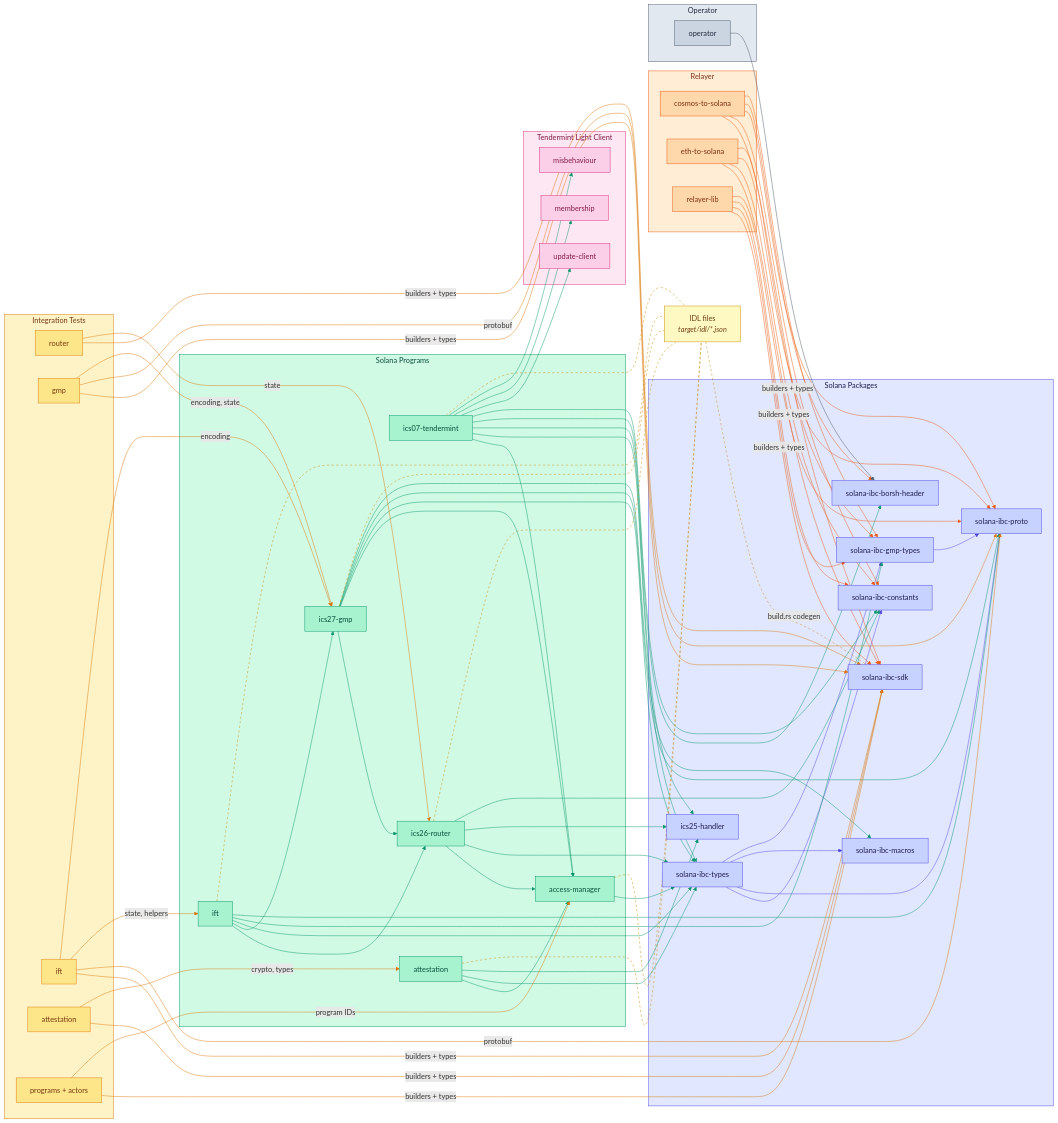
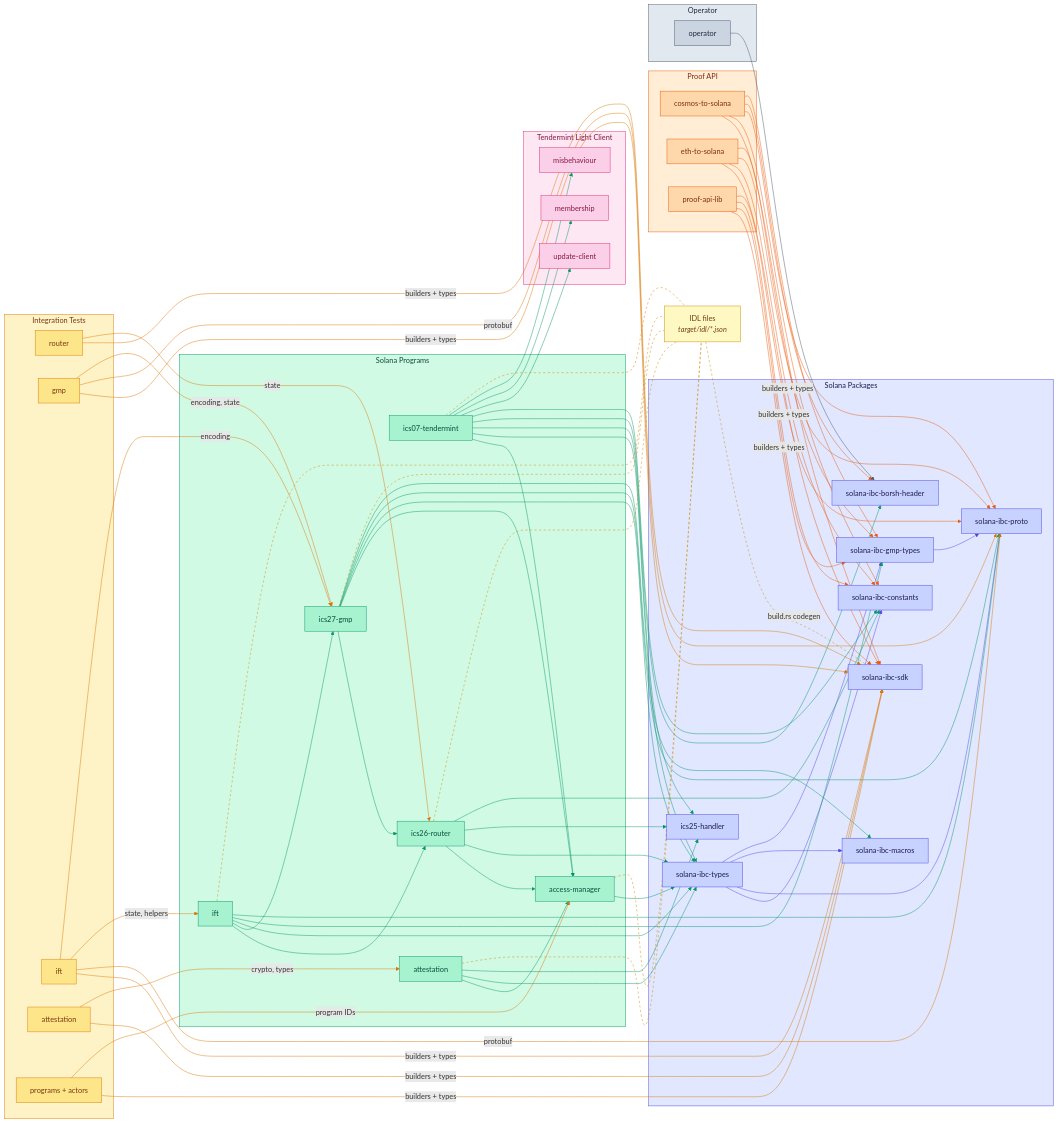
One commit to cosmos/solidity-ibc-eureka changed the diagram in programs/solana/README.md. Above: the diagram before and after it, drawn with Mermaid. The commit also changed 224 other files, not shown here.

Commit message:
refactor(proof-api): rename relayer to proof-api (#1030)

```diff
--- a/programs/solana/README.md
+++ b/programs/solana/README.md
@@ -36,10 +36,10 @@
         it_setup["programs + actors"]
     end
 
-    subgraph relayer["Relayer"]
+    subgraph proof_api["Proof API"]
         c2s["cosmos-to-solana"]
         e2s["eth-to-solana"]
-        lib["relayer-lib"]
+        lib["proof-api-lib"]
     end
 
     subgraph operator["Operator"]
@@ -125,7 +125,7 @@
     style shared fill:#e0e7ff,stroke:#4f46e5,color:#1e1b4b
     style programs fill:#d1fae5,stroke:#059669,color:#064e3b
     style tests fill:#fef3c7,stroke:#d97706,color:#78350f
-    style relayer fill:#ffedd5,stroke:#ea580c,color:#7c2d12
+    style proof_api fill:#ffedd5,stroke:#ea580c,color:#7c2d12
     style operator fill:#e2e8f0,stroke:#475569,color:#1e293b
     style tm fill:#fce7f3,stroke:#db2777,color:#831843
     style idls fill:#fef9c3,stroke:#ca8a04,color:#713f12
@@ -133,7 +133,7 @@
     classDef sharedNode fill:#c7d2fe,stroke:#4f46e5,color:#1e1b4b
     classDef programNode fill:#a7f3d0,stroke:#059669,color:#064e3b
     classDef testNode fill:#fde68a,stroke:#d97706,color:#78350f
-    classDef relayerNode fill:#fed7aa,stroke:#ea580c,color:#7c2d12
+    classDef proofApiNode fill:#fed7aa,stroke:#ea580c,color:#7c2d12
     classDef operatorNode fill:#cbd5e1,stroke:#475569,color:#1e293b
     classDef tmNode fill:#fbcfe8,stroke:#db2777,color:#831843
     classDef idlNode fill:#fef08a,stroke:#ca8a04,color:#713f12
@@ -141,7 +141,7 @@
     class types,sdk,constants,proto,borsh,ics25,gmp_types,macros sharedNode
     class am,ics07,ics26,ics27,ift_prog,att programNode
     class it_router,it_gmp,it_ift,it_att,it_setup testNode
-    class c2s,e2s,lib relayerNode
+    class c2s,e2s,lib proofApiNode
     class op operatorNode
     class tm_update,tm_membership,tm_misbehaviour tmNode
     class idls idlNode
```
